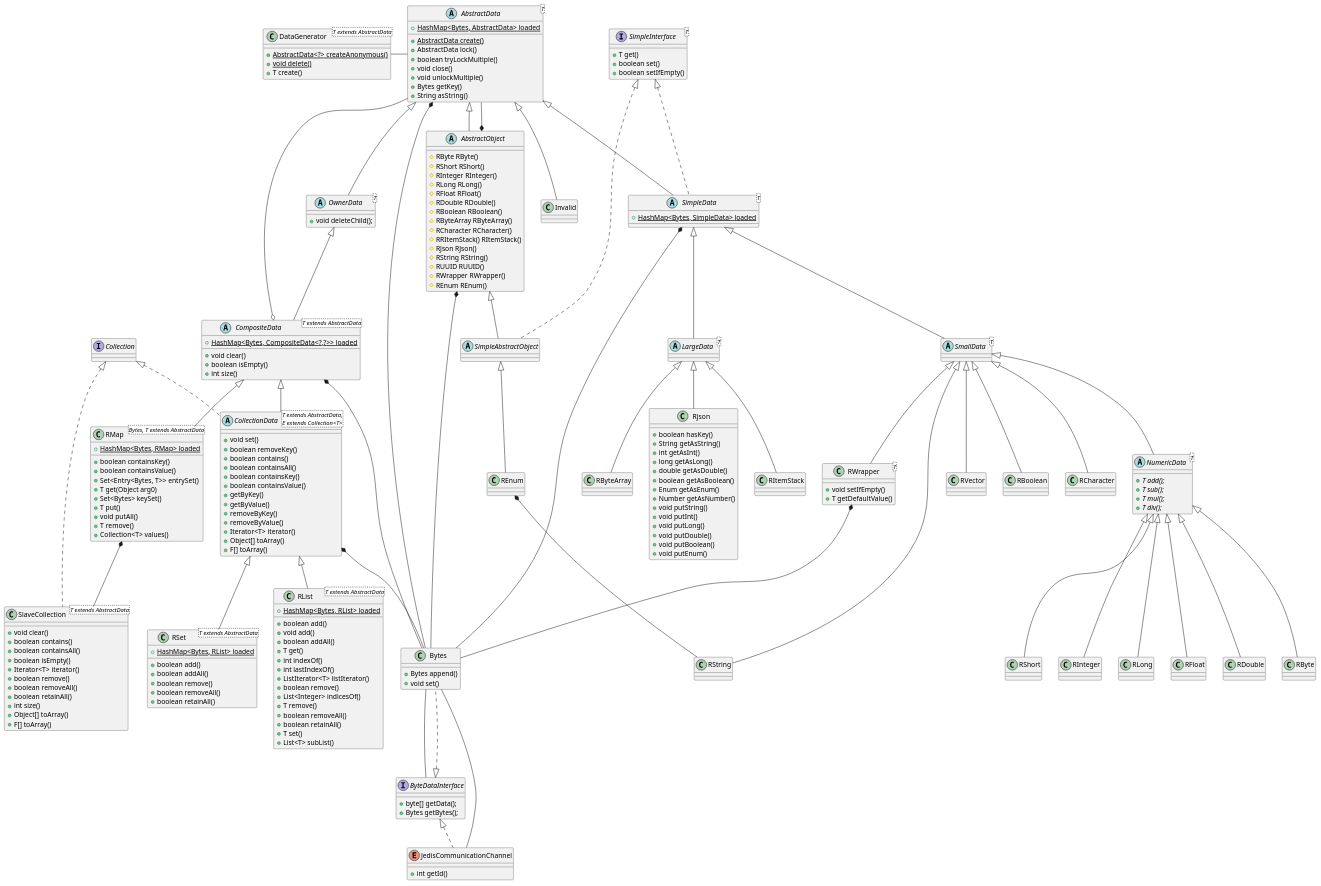
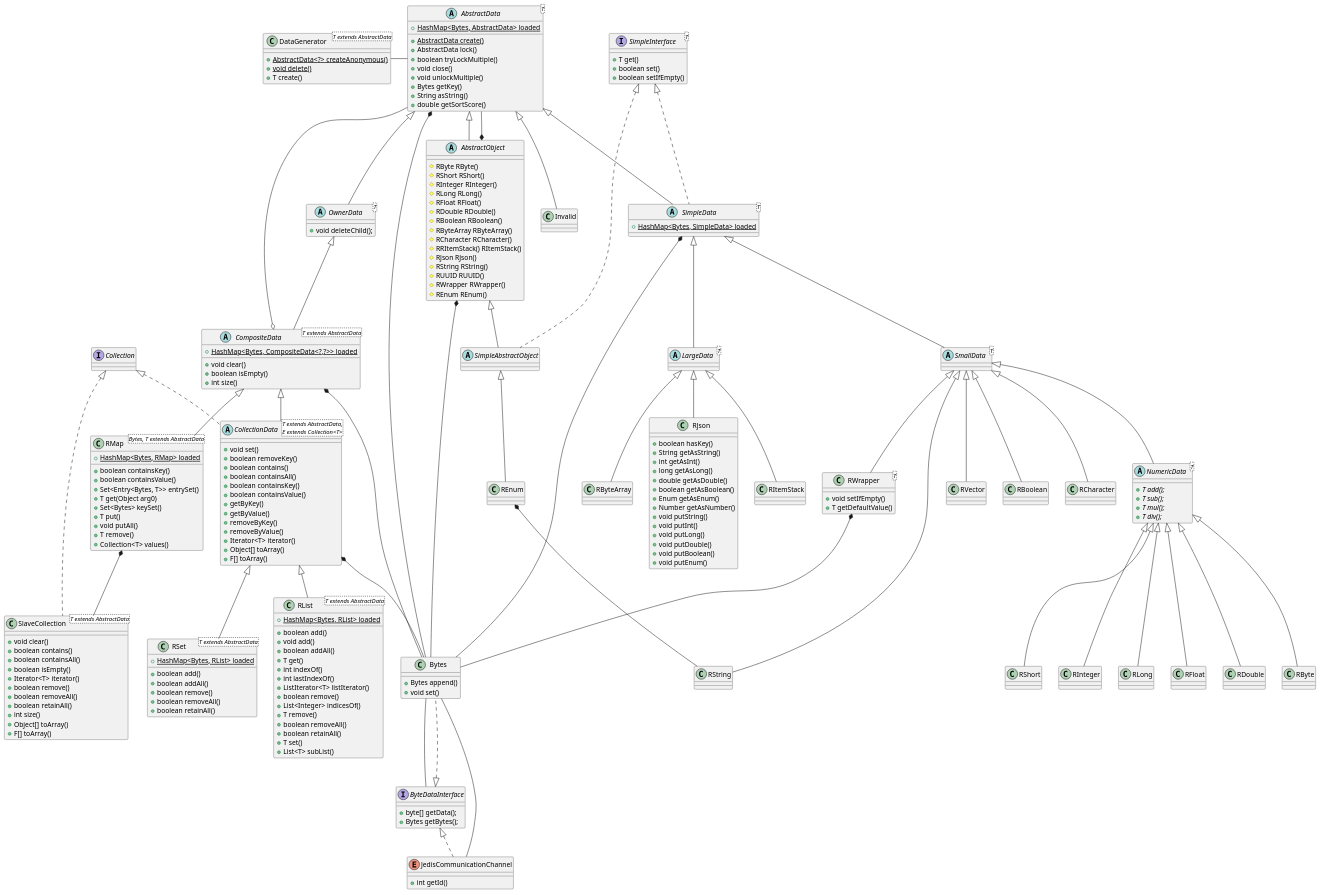
One commit to chrisb09/firecord changed the diagram in DataTypes.puml. Above: the diagram before and after it, drawn with PlantUML. The commit also changed 1 other file, not shown here.

Commit message:
add getSortScore to AbstractData

```diff
--- a/DataTypes.puml
+++ b/DataTypes.puml
@@ -1,6 +1,4 @@
 @startuml DataType
-
-abstract AbstractData
 
 interface SimpleInterface<T> {
     + T get()
@@ -32,6 +30,7 @@
     + void unlockMultiple()
     + Bytes getKey()
     + String asString()
+    + double getSortScore()
 }
 
 abstract SmallData <T> extends SimpleData {
```
